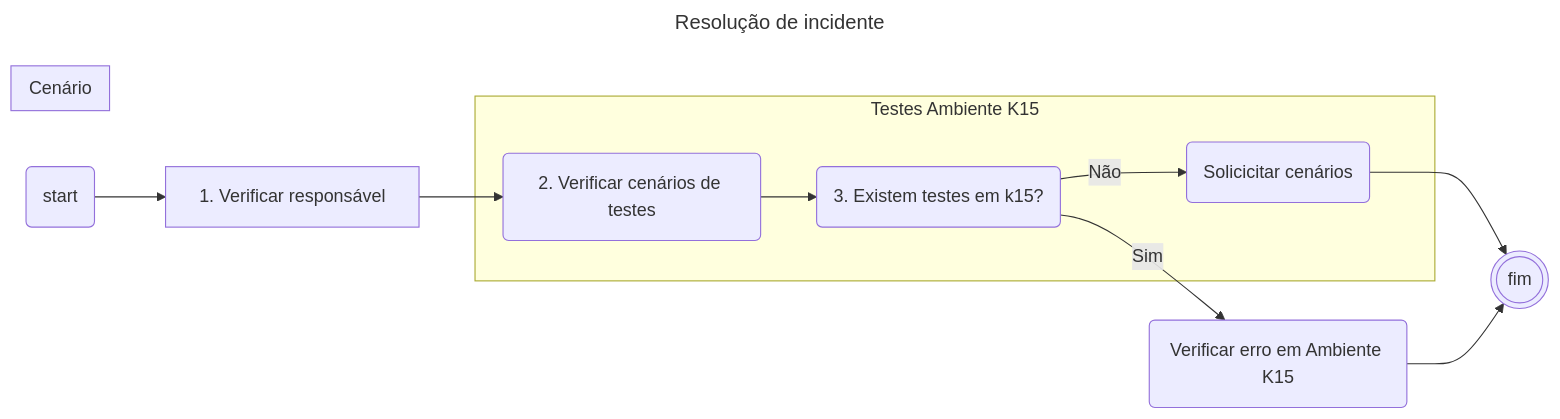
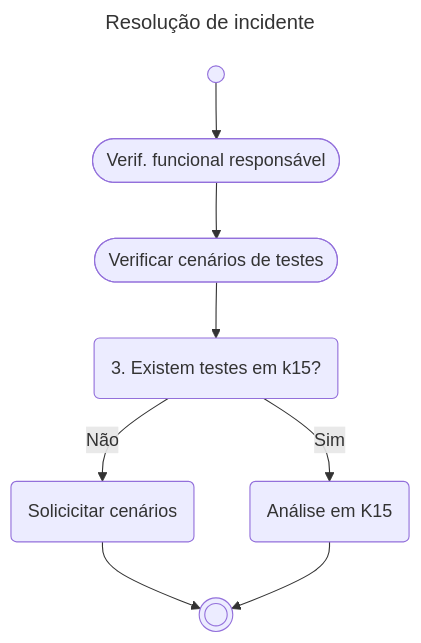
The second of 3 diagrams in README.md (edmilson-nascimento/Quermesse), drawn with Mermaid before and after one commit. The commit also changed other lines of this file, not shown here.

````diff
--- a/README.md
+++ b/README.md
@@ -65,26 +65,21 @@
 ```mermaid
 ---
 title: Resolução de incidente
 ---
 
-flowchart LR
+flowchart TB
 %% flowchart TB
 %% flowchart LR
 
-    start(start)    --> verifFuncional[1. Verificar responsável]
-    verifFuncional  --> verifCenarios(2. Verificar cenários de testes)
+start((" "))    --> verifFuncional([Verif. funcional responsável])
+verifFuncional  --> verifCenarios([Verificar cenários de testes])
 
-    subgraph Cenário
+    verifCenarios   --> existTestK15(3. Existem testes em k15?)
+    existTestK15    --  Não --> solicitarK15(Solicicitar cenários)
 
-    end
+    solicitarK15    --> End
+    existTestK15--  Sim --> avaliarK15(Análise em K15)
 
-    subgraph Testes Ambiente K15
-        verifCenarios   --> existTestK15(3. Existem testes em k15?)
-        existTestK15    --  Não --> solicitarK15(Solicicitar cenários)
-    end
-        solicitarK15 --> fim
-        existTestK15    --  Sim --> avaliarK15(Verificar erro em Ambiente K15)
-
-    avaliarK15      --> fim(((fim)))
+avaliarK15      --> End(((" ")))
 
 ```
````
